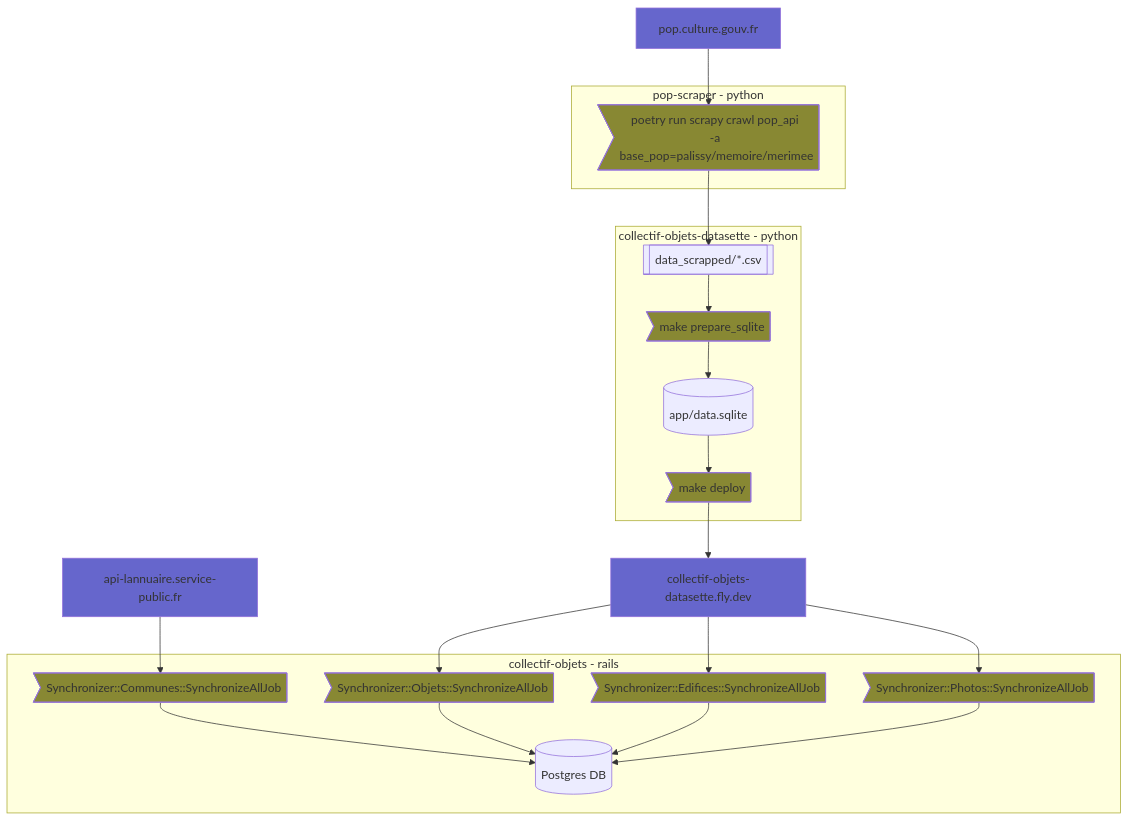
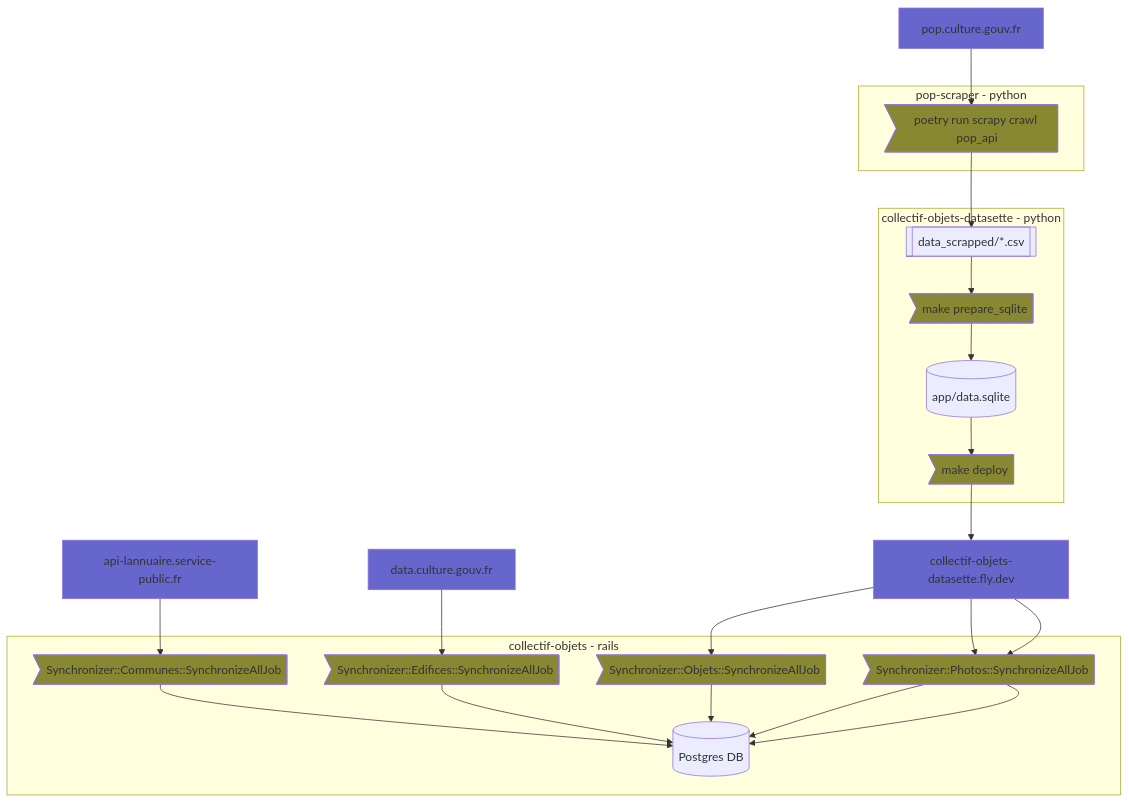
The third of 4 diagrams in README.md (betagouv/collectif-objets), drawn with Mermaid before and after one commit. The commit also changed 7 other files, not shown here.

Commit message:
synchronisation des édifices depuis data culture plutot que notre datasette

````diff
--- a/README.md
+++ b/README.md
@@ -454,58 +454,63 @@
 ```mermaid
 flowchart TB
 
 api_service_public[api-lannuaire.service-public.fr]
+api_data_culture_gouv[data.culture.gouv.fr]
 pop[pop.culture.gouv.fr]
 fly[collectif-objets-datasette.fly.dev]
 
 
 subgraph scraper[pop-scraper - python]
-  scraper_run>poetry run scrapy crawl pop_api \n-a base_pop=palissy/memoire/merimee]
+  scraper_run>poetry run scrapy crawl pop_api]
 end
 
 subgraph datasette[collectif-objets-datasette - python]
   datasette_run_sqlite>make prepare_sqlite]
   datasette_run_deploy>make deploy]
   csvs[[data_scrapped/*.csv]]
   sqlite[(app/data.sqlite)]
 end
 
 subgraph rails[collectif-objets - rails]
   rails_run_edifices>Synchronizer::Edifices::SynchronizeAllJob]
   rails_run_objets>Synchronizer::Objets::SynchronizeAllJob]
   rails_run_communes>Synchronizer::Communes::SynchronizeAllJob]
   rails_run_photos>Synchronizer::Photos::SynchronizeAllJob]
   postgres[(Postgres DB)]
 end
 
 pop --> scraper_run
 scraper_run --> csvs
 
 csvs --> datasette_run_sqlite
 datasette_run_sqlite --> sqlite
 sqlite --> datasette_run_deploy
 datasette_run_deploy --> fly
 fly --> rails_run_objets
+fly --> rails_run_photos
 rails_run_objets --> postgres
+rails_run_photos --> postgres
 
 api_service_public --> rails_run_communes
 rails_run_communes --> postgres
 
-fly --> rails_run_edifices
+api_data_culture_gouv --> rails_run_edifices
 rails_run_edifices --> postgres
 
 fly --> rails_run_photos
 rails_run_photos --> postgres
 
 style pop fill:#6666cc
 style fly fill:#6666cc
 style api_service_public fill:#6666cc
+style api_data_culture_gouv fill:#6666cc
 
 style datasette_run_sqlite fill:#888833
 style datasette_run_deploy fill:#888833
 style rails_run_objets fill:#888833
+style rails_run_photos fill:#888833
 style rails_run_communes fill:#888833
 style rails_run_edifices fill:#888833
 style rails_run_photos fill:#888833
 style scraper_run fill:#888833
 ```
````
